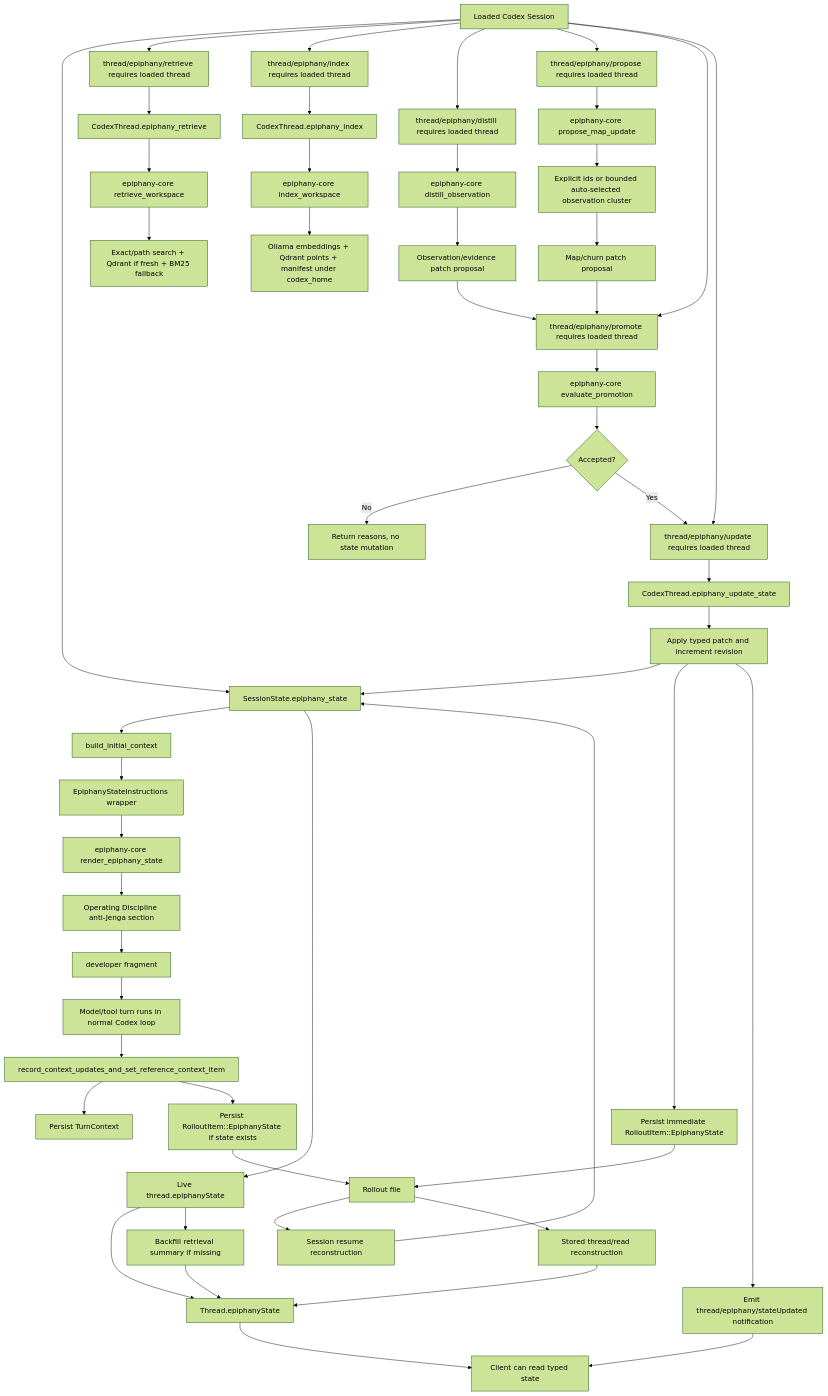
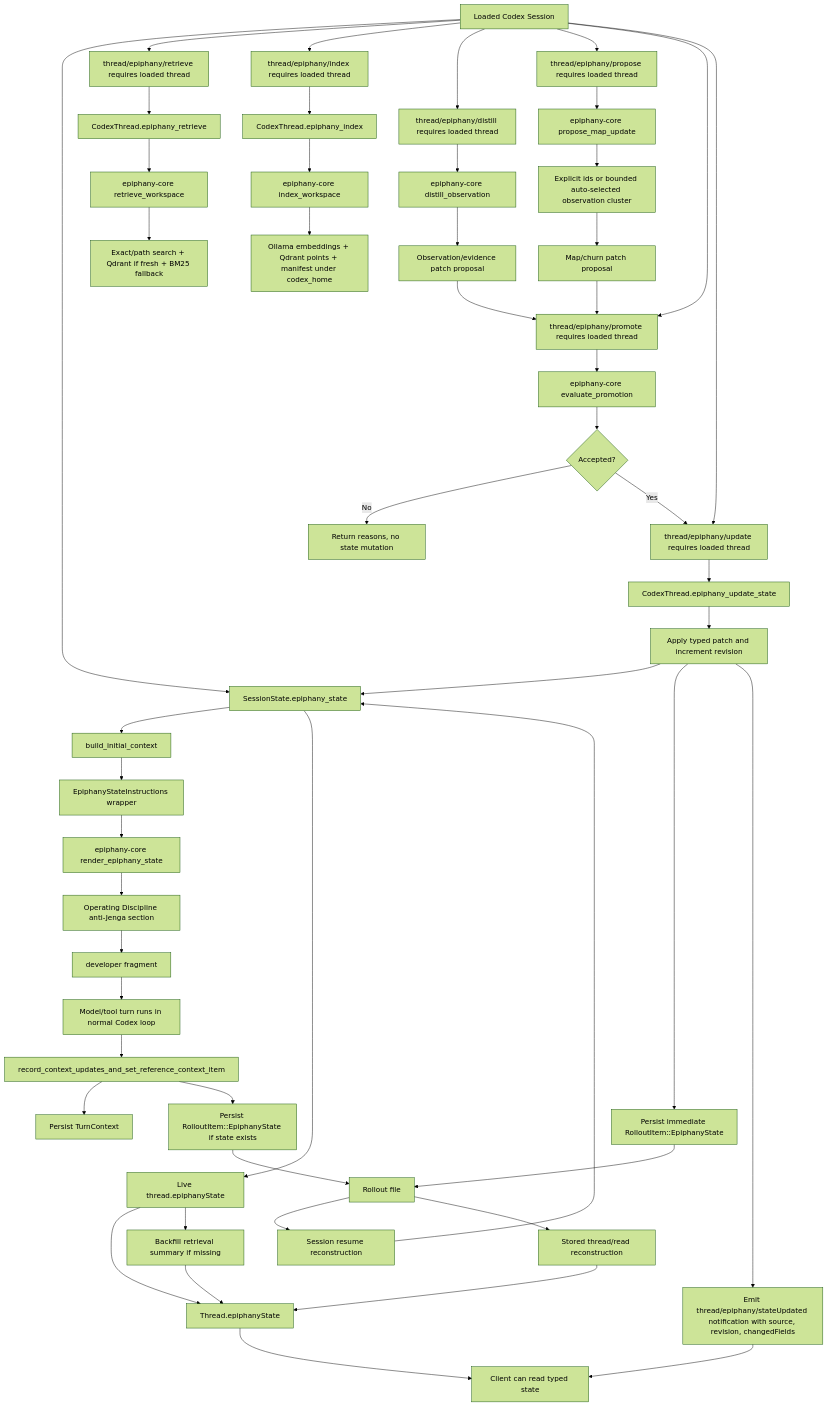
One commit to GameCult/Epiphany changed the diagram in notes/epiphany-current-algorithmic-map.md. Above: the diagram before and after it, drawn with Mermaid (forest theme). The commit also changed other lines of this file and 15 other files, not shown here.

````diff
--- a/notes/epiphany-current-algorithmic-map.md
+++ b/notes/epiphany-current-algorithmic-map.md
@@ -38,53 +38,53 @@
 ```mermaid
 flowchart TD
     A["Loaded Codex Session"] --> B["SessionState.epiphany_state"]
     B --> C["build_initial_context"]
     C --> D["EpiphanyStateInstructions wrapper"]
     D --> E["epiphany-core render_epiphany_state"]
     E --> EA["Operating Discipline anti-Jenga section"]
     EA --> F["<epiphany_state> developer fragment"]
     F --> G["Model/tool turn runs in normal Codex loop"]
     G --> H["record_context_updates_and_set_reference_context_item"]
     H --> I["Persist TurnContext"]
     H --> J["Persist RolloutItem::EpiphanyState if state exists"]
     J --> K["Rollout file"]
     K --> L["Session resume reconstruction"]
     L --> B
     K --> M["Stored thread/read reconstruction"]
     M --> N["Thread.epiphanyState"]
     B --> O["Live thread.epiphanyState"]
     O --> N
     O --> P["Backfill retrieval summary if missing"]
     P --> N
     N --> Q["Client can read typed state"]
     A --> R["thread/epiphany/retrieve requires loaded thread"]
     A --> S["thread/epiphany/index requires loaded thread"]
     A --> AA["thread/epiphany/distill requires loaded thread"]
     A --> AH["thread/epiphany/propose requires loaded thread"]
     A --> AD["thread/epiphany/promote requires loaded thread"]
     A --> Z["thread/epiphany/update requires loaded thread"]
     AA --> AB["epiphany-core distill_observation"]
     AB --> AC["Observation/evidence patch proposal"]
     AC --> AD
     AH --> AI["epiphany-core propose_map_update"]
     AI --> AIA["Explicit ids or bounded auto-selected observation cluster"]
     AIA --> AJ["Map/churn patch proposal"]
     AJ --> AD
     AD --> AE["epiphany-core evaluate_promotion"]
     AE --> AF{"Accepted?"}
     AF -->|"No"| AG["Return reasons, no state mutation"]
     AF -->|"Yes"| Z
     R --> T["CodexThread.epiphany_retrieve"]
     S --> U["CodexThread.epiphany_index"]
     Z --> ZA["CodexThread.epiphany_update_state"]
     ZA --> ZB["Apply typed patch and increment revision"]
     ZB --> B
     ZB --> ZC["Persist immediate RolloutItem::EpiphanyState"]
-    ZB --> ZD["Emit thread/epiphany/stateUpdated notification"]
+    ZB --> ZD["Emit thread/epiphany/stateUpdated notification with source, revision, changedFields"]
     ZD --> Q
     ZC --> K
     T --> V["epiphany-core retrieve_workspace"]
     U --> W["epiphany-core index_workspace"]
     V --> X["Exact/path search + Qdrant if fresh + BM25 fallback"]
     W --> Y["Ollama embeddings + Qdrant points + manifest under codex_home"]
 ```
````
